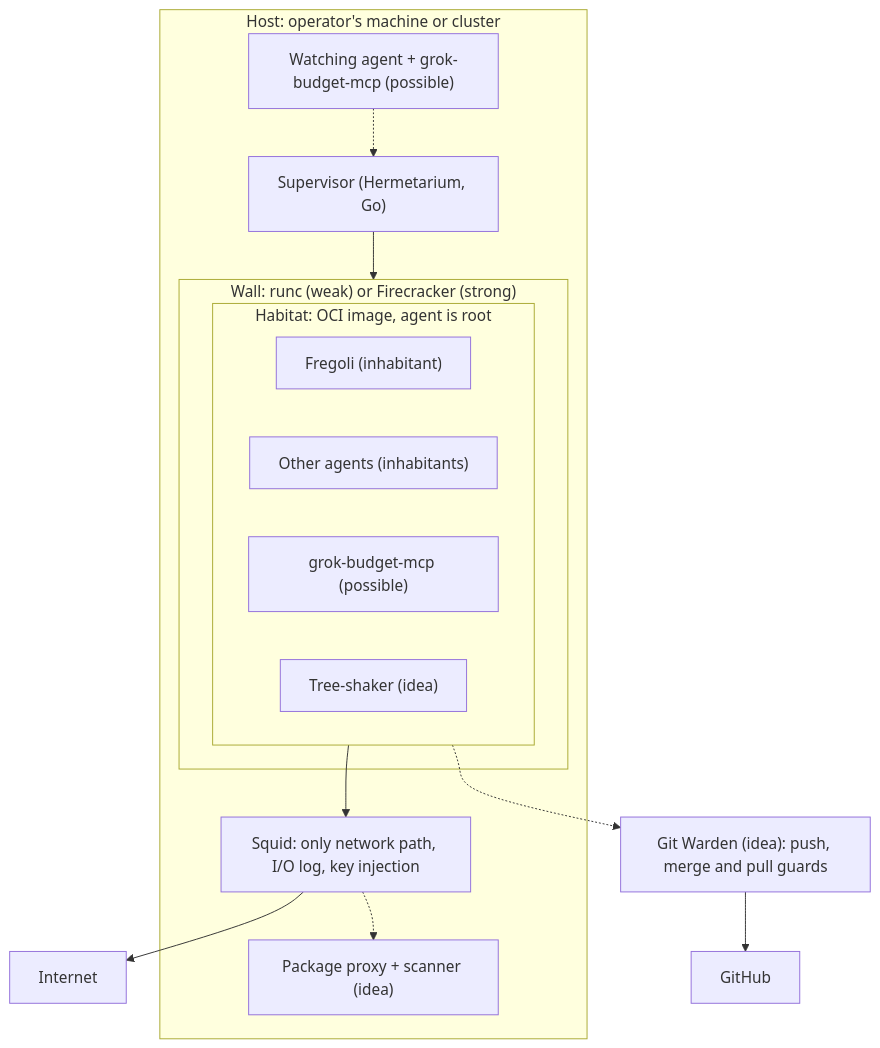
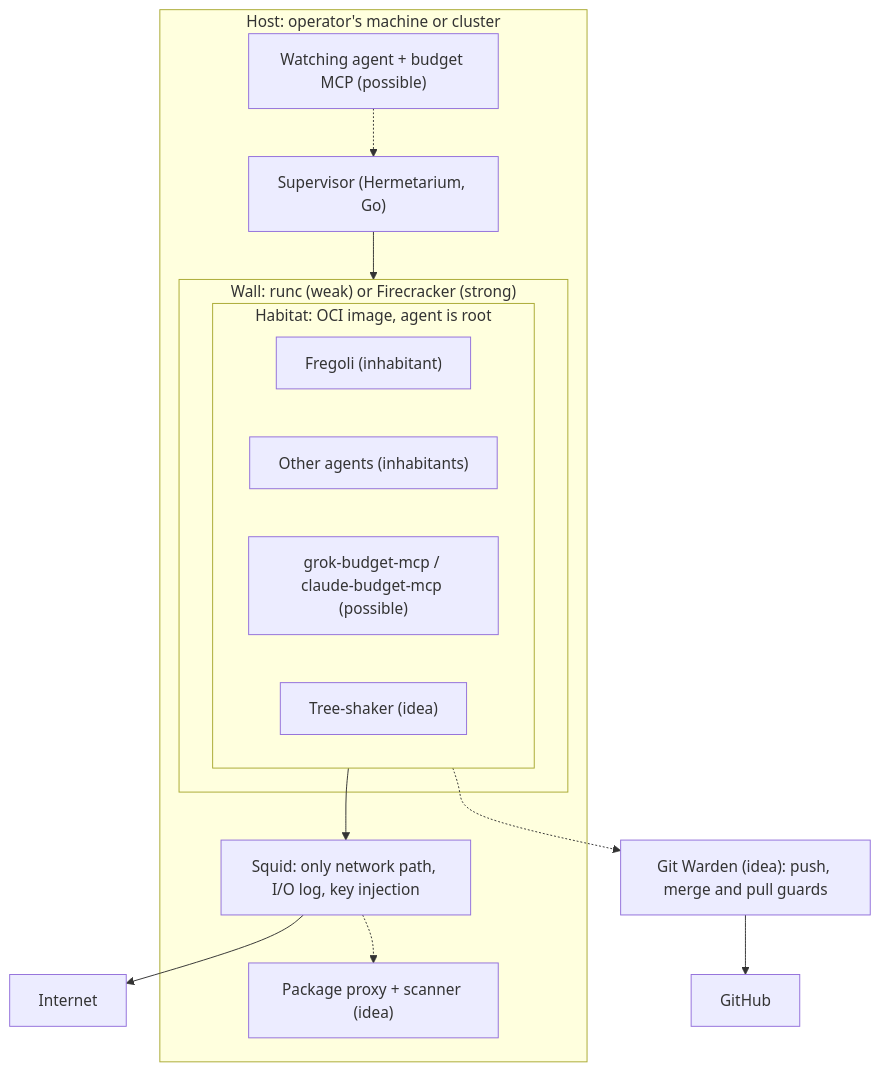
Before and after one commit to pihme/hobelbank: the diagram in README.md, drawn with Mermaid. The commit also changed other lines of this file and 1 other file, not shown here.

Commit message:
docs: add claude-budget-mcp to the map

````diff
--- a/README.md
+++ b/README.md
@@ -17,26 +17,26 @@
 ```mermaid
 flowchart TB
   subgraph host["Host: operator's machine or cluster"]
     sup["Supervisor (Hermetarium, Go)"]
     subgraph wall["Wall: runc (weak) or Firecracker (strong)"]
       subgraph hab["Habitat: OCI image, agent is root"]
         fre["Fregoli (inhabitant)"]
         other["Other agents (inhabitants)"]
-        gbm1["grok-budget-mcp (possible)"]
+        gbm1["grok-budget-mcp / claude-budget-mcp (possible)"]
         ts["Tree-shaker (idea)"]
       end
     end
     squid["Squid: only network path, I/O log, key injection"]
     proxy["Package proxy + scanner (idea)"]
-    watch["Watching agent + grok-budget-mcp (possible)"]
+    watch["Watching agent + budget MCP (possible)"]
   end
   warden["Git Warden (idea): push, merge and pull guards"]
   gh["GitHub"]
   net["Internet"]
 
   sup --> wall
   hab --> squid --> net
   squid -.-> proxy
   watch -.-> sup
   hab -.-> warden --> gh
 ```
````
